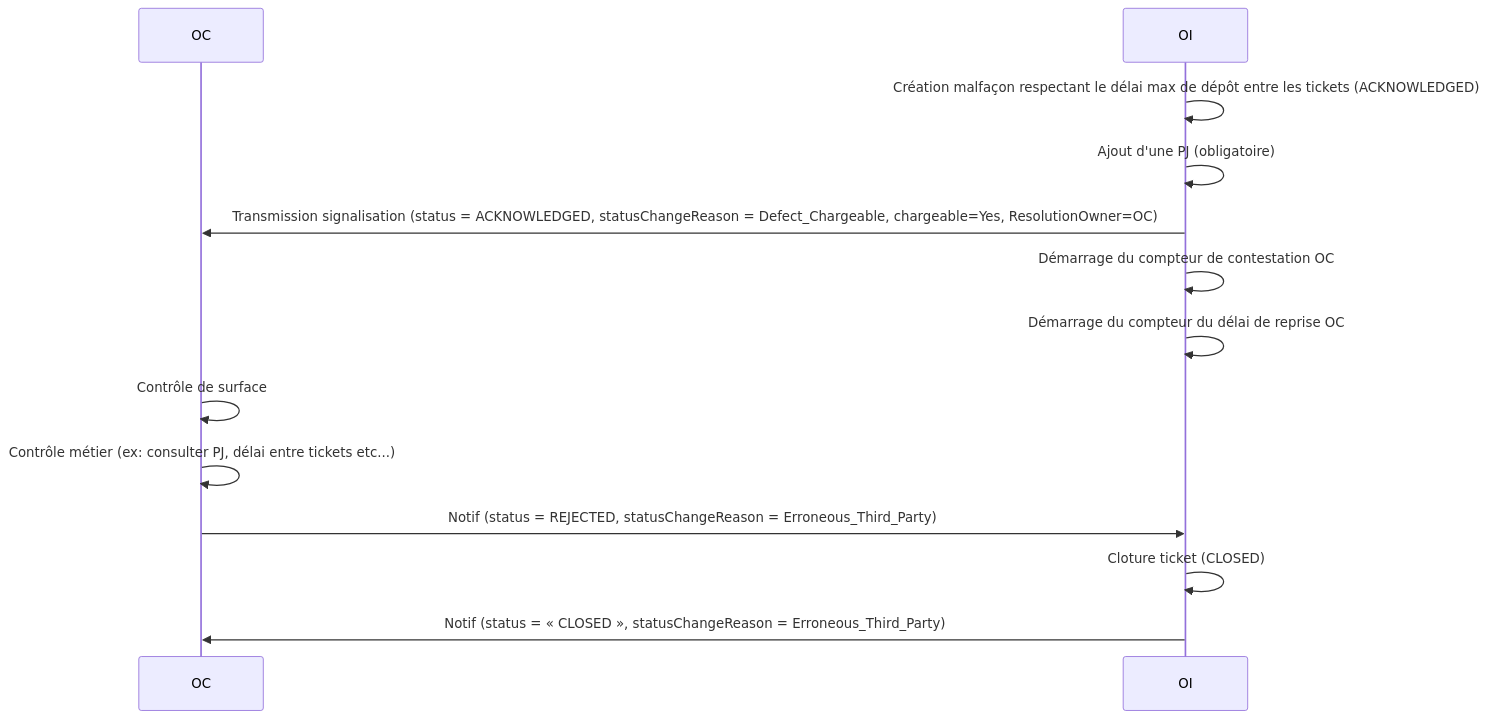
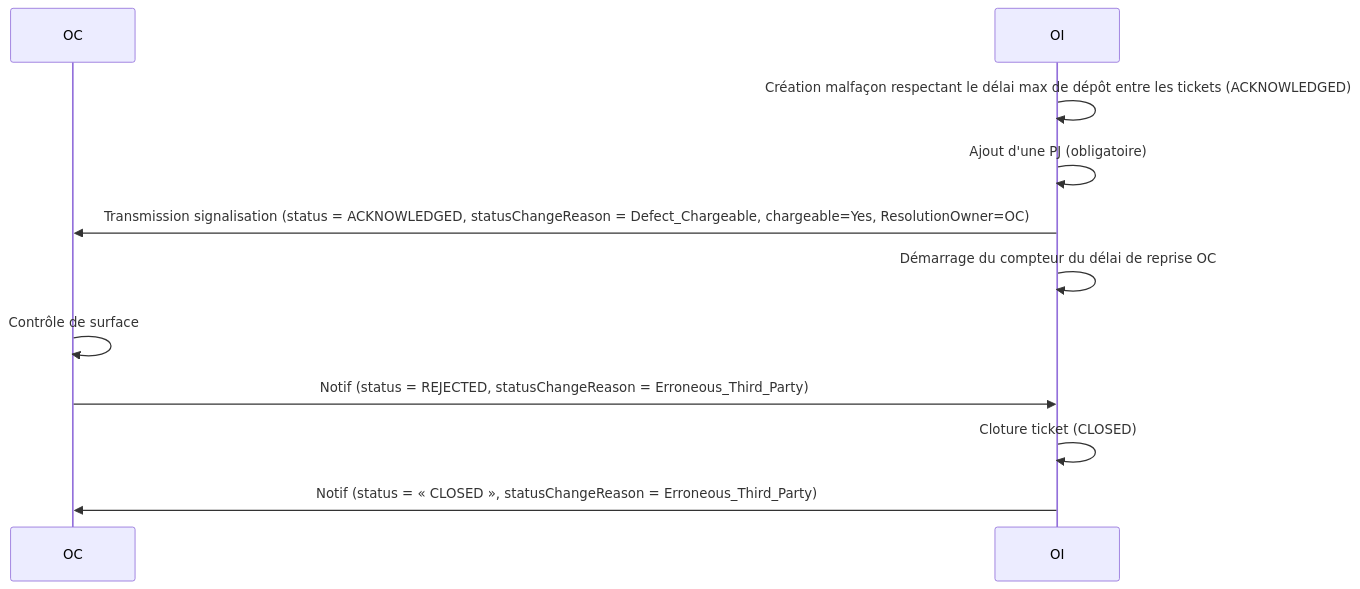
One commit to before-interop/malfacon changed the tenth of 13 diagrams in README.md. Above: the diagram before and after it, drawn with Mermaid. The commit also changed other lines of this file and 2 other files, not shown here.

````diff
--- a/README.md
+++ b/README.md
@@ -560,17 +560,15 @@
 ```mermaid
 sequenceDiagram
 
   participant OC
   participant OI
 
   OI->>OI: Création malfaçon respectant le délai max de dépôt entre les tickets (ACKNOWLEDGED)
   OI->>OI: Ajout d'une PJ (obligatoire)
   OI->>OC: Transmission signalisation (status = ACKNOWLEDGED, statusChangeReason = Defect_Chargeable, chargeable=Yes, ResolutionOwner=OC)
-  OI->>OI: Démarrage du compteur de contestation OC
   OI->>OI: Démarrage du compteur du délai de reprise OC
   OC->>OC: Contrôle de surface
-  OC->>OC: Contrôle métier (ex: consulter PJ, délai entre tickets etc...)
   OC->>OI: Notif (status = REJECTED, statusChangeReason = Erroneous_Third_Party)
   OI->>OI: Cloture ticket (CLOSED)
   OI->>OC: Notif (status = « CLOSED », statusChangeReason = Erroneous_Third_Party)
 ```
````
